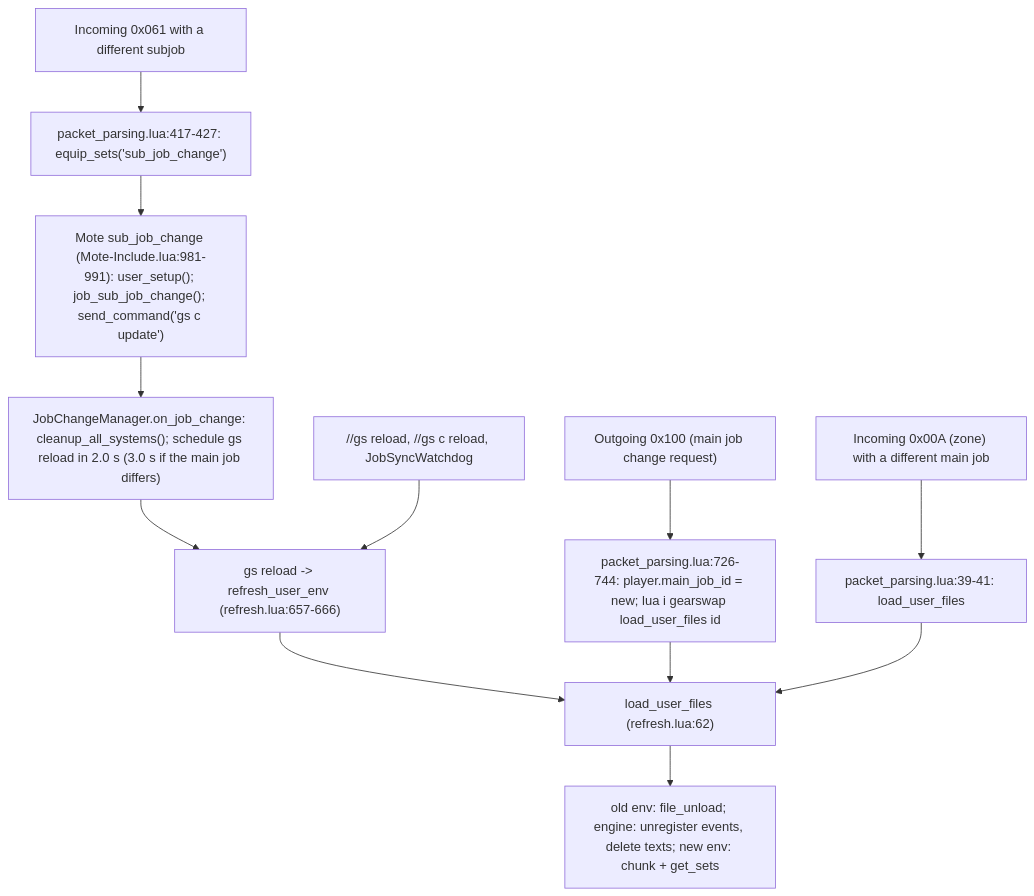
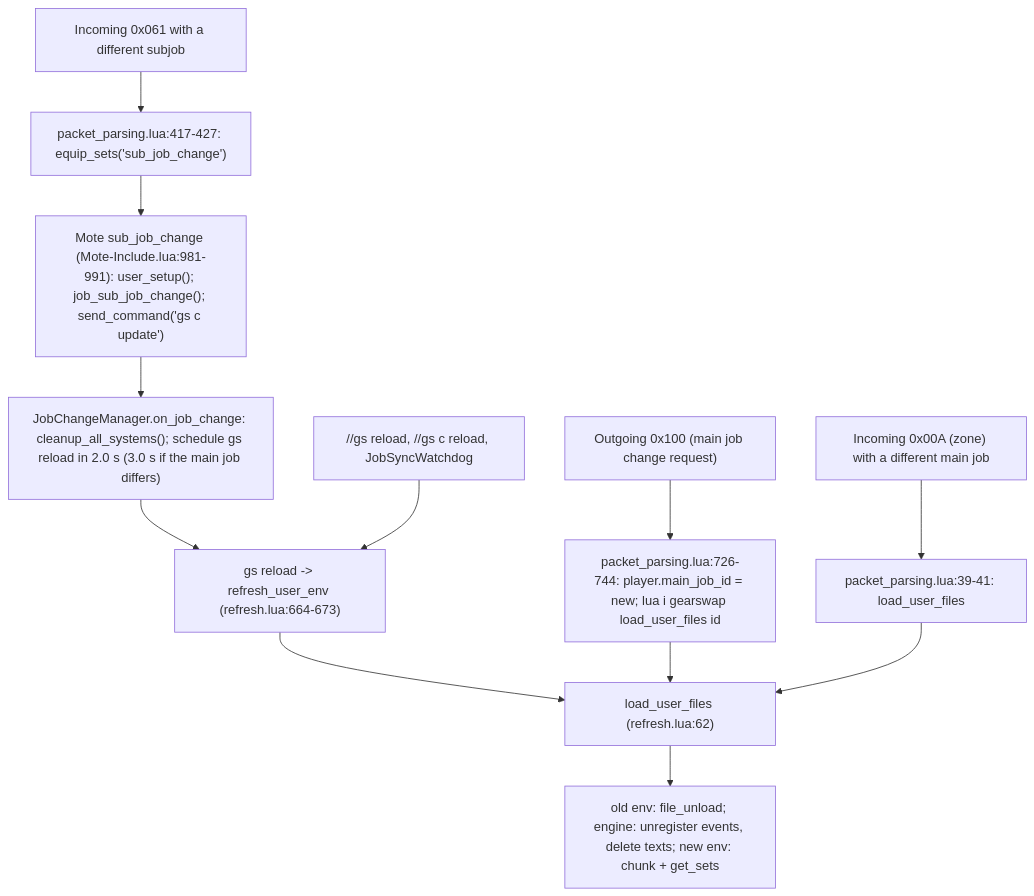
One commit to ejouanchicot/Gearswap changed the first of 2 diagrams in docs/dev/architecture/job-change-lifecycle.md. Above: the diagram before and after it, drawn with Mermaid. The commit also changed other lines of this file and 84 other files, not shown here.

````diff
--- a/docs/dev/architecture/job-change-lifecycle.md
+++ b/docs/dev/architecture/job-change-lifecycle.md
@@ -70,14 +64,14 @@
 ```mermaid
 flowchart TD
     A["Outgoing 0x100 (main job change request)"] --> B["packet_parsing.lua:726-744: player.main_job_id = new; lua i gearswap load_user_files id"]
     C["Incoming 0x061 with a different subjob"] --> D["packet_parsing.lua:417-427: equip_sets('sub_job_change')"]
     D --> E["Mote sub_job_change (Mote-Include.lua:981-991): user_setup(); job_sub_job_change(); send_command('gs c update')"]
     E --> F["JobChangeManager.on_job_change: cleanup_all_systems(); schedule gs reload in 2.0 s (3.0 s if the main job differs)"]
-    F --> G["gs reload -> refresh_user_env (refresh.lua:657-666)"]
+    F --> G["gs reload -> refresh_user_env (refresh.lua:664-673)"]
     H["//gs reload, //gs c reload, JobSyncWatchdog"] --> G
     I["Incoming 0x00A (zone) with a different main job"] --> J["packet_parsing.lua:39-41: load_user_files"]
     G --> K["load_user_files (refresh.lua:62)"]
     B --> K
     J --> K
     K --> L["old env: file_unload; engine: unregister events, delete texts; new env: chunk + get_sets"]
 ```
````
